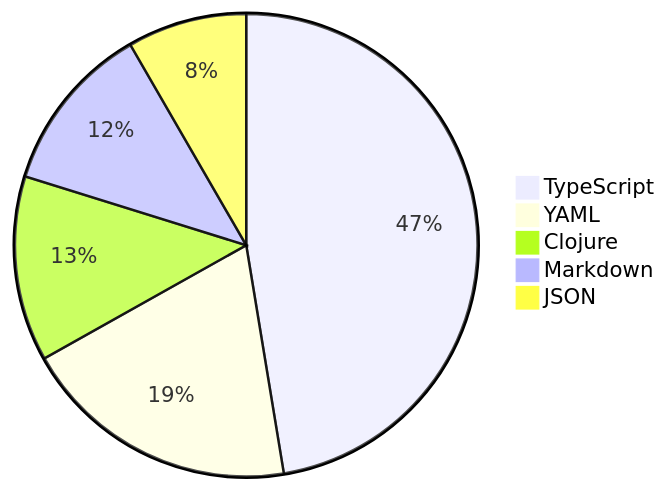
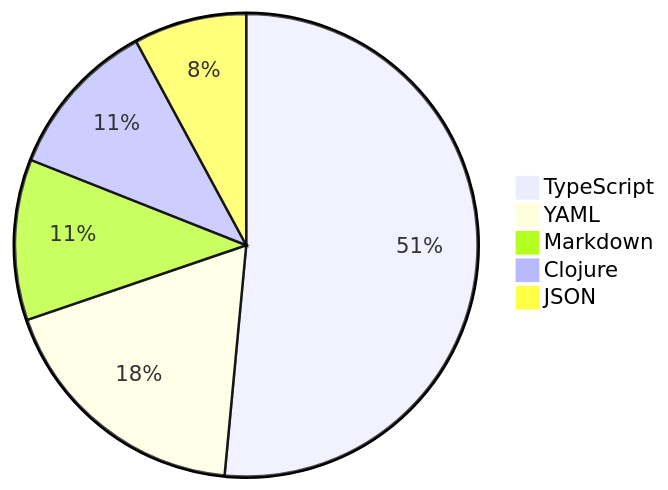
The diagram in README.md (skvggor/skvggor), drawn with Mermaid before and after one commit.

Commit message:
Updated waka-readme graph with new metrics

````diff
--- a/README.md
+++ b/README.md
@@ -28,8 +28,8 @@
 ```mermaid
 pie
-    "TypeScript" : 39.2
-    "YAML" : 16.1
-    "Clojure" : 10.7
-    "Markdown" : 9.8
-    "JSON" : 6.9
+    "TypeScript" : 43.1
+    "YAML" : 15.3
+    "Markdown" : 9.4
+    "Clojure" : 9.3
+    "JSON" : 6.6
 ```
````
